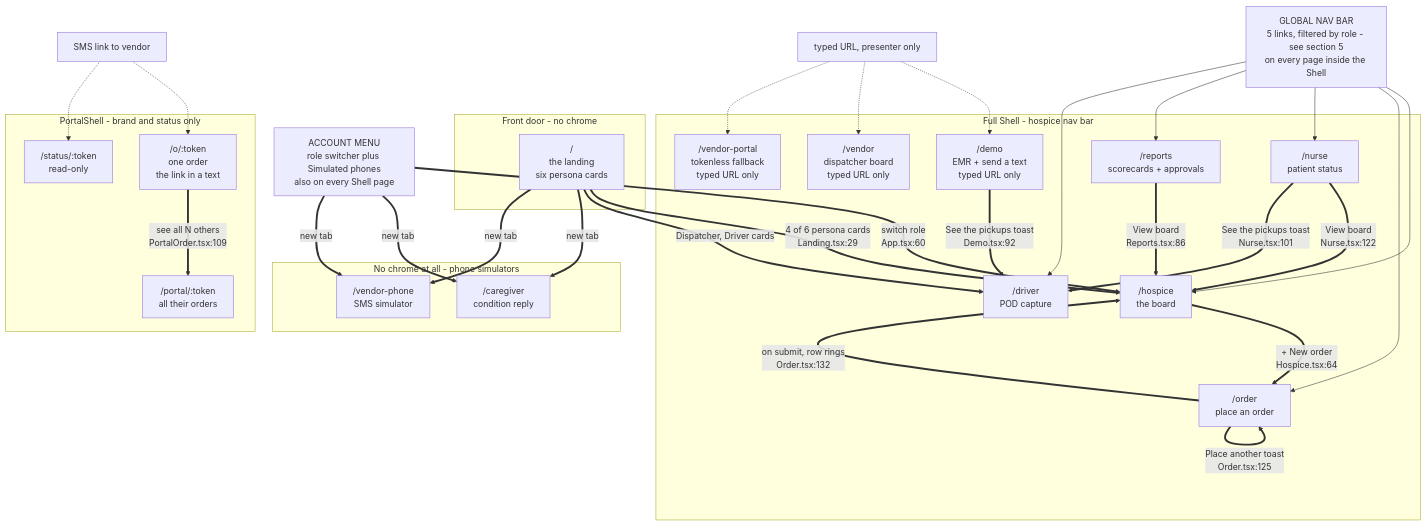
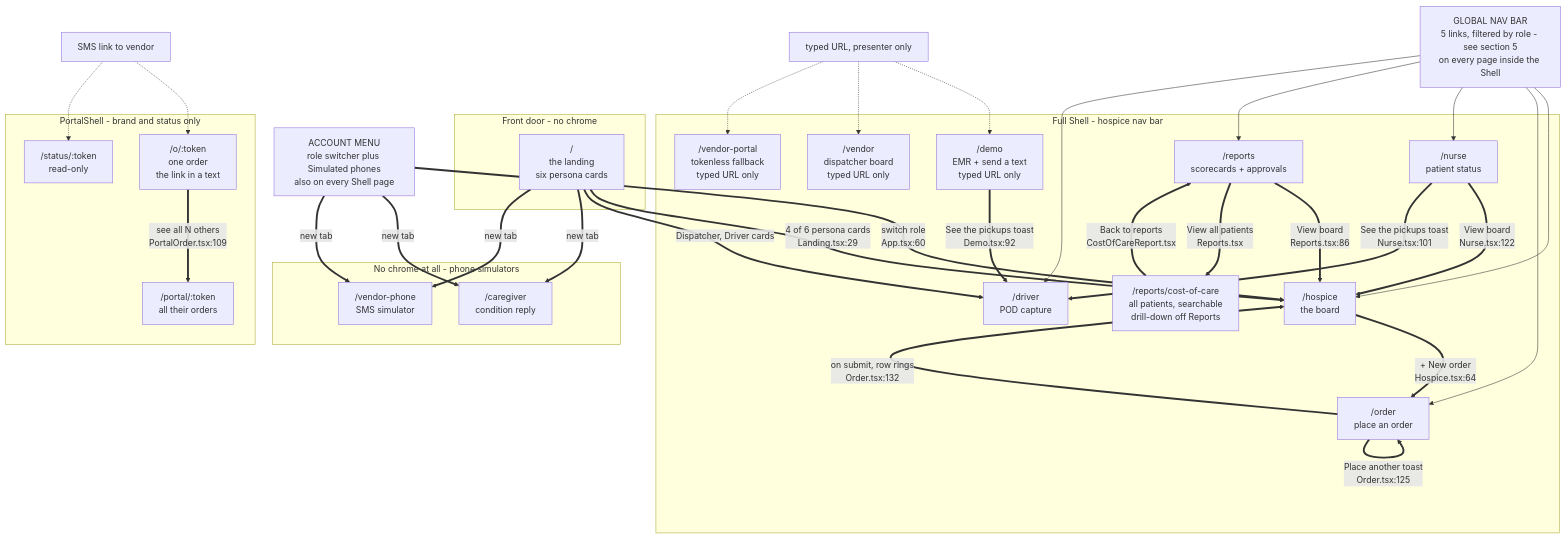
One commit to kr3wangel/betterrx-hackathon-2026 changed the first of 6 diagrams in docs/UX-FLOWS.md. Above: the diagram before and after it, drawn with Mermaid. The commit also changed other lines of this file and 6 other files, not shown here.

First line of the commit message:
feat(reports): in-depth cost-of-care page, searchable across patients

````diff
--- a/docs/UX-FLOWS.md
+++ b/docs/UX-FLOWS.md
@@ -111,61 +112,64 @@
 ```mermaid
 graph TD
   NAV["GLOBAL NAV BAR<br/>5 links, filtered by role - see section 5<br/>on every page inside the Shell"]
   ACCT["ACCOUNT MENU<br/>role switcher plus Simulated phones<br/>also on every Shell page"]
 
   subgraph Front door - no chrome
     LANDING["/<br/>the landing<br/>six persona cards"]
   end
 
   subgraph Full Shell - hospice nav bar
     BOARD["/hospice<br/>the board"]
     ORDER["/order<br/>place an order"]
     NURSE["/nurse<br/>patient status"]
     REPORTS["/reports<br/>scorecards + approvals"]
+    COSTCARE["/reports/cost-of-care<br/>all patients, searchable<br/>drill-down off Reports"]
     VBOARD["/vendor<br/>dispatcher board<br/>typed URL only"]
     VPORTAL["/vendor-portal<br/>tokenless fallback<br/>typed URL only"]
     DRIVER["/driver<br/>POD capture"]
     DEMO["/demo<br/>EMR + send a text<br/>typed URL only"]
   end
 
   subgraph PortalShell - brand and status only
     OPORTAL["/o/:token<br/>one order<br/>the link in a text"]
     PORTAL["/portal/:token<br/>all their orders"]
     VSTATUS["/status/:token<br/>read-only"]
   end
 
   subgraph No chrome at all - phone simulators
     CARE["/caregiver<br/>condition reply"]
     VPHONE["/vendor-phone<br/>SMS simulator"]
   end
 
   NAV --> BOARD
   NAV --> ORDER
   NAV --> NURSE
   NAV --> REPORTS
   NAV --> DRIVER
 
   LANDING ==>|"4 of 6 persona cards<br/>Landing.tsx:29"| BOARD
   LANDING ==>|"Dispatcher, Driver cards"| DRIVER
   LANDING ==>|"new tab"| CARE
   LANDING ==>|"new tab"| VPHONE
 
   BOARD ==>|"+ New order<br/>Hospice.tsx:64"| ORDER
   ORDER ==>|"on submit, row rings<br/>Order.tsx:132"| BOARD
   ORDER ==>|"Place another toast<br/>Order.tsx:125"| ORDER
   NURSE ==>|"View board<br/>Nurse.tsx:122"| BOARD
   NURSE ==>|"See the pickups toast<br/>Nurse.tsx:101"| DRIVER
   DEMO ==>|"See the pickups toast<br/>Demo.tsx:92"| DRIVER
   REPORTS ==>|"View board<br/>Reports.tsx:86"| BOARD
+  REPORTS ==>|"View all patients<br/>Reports.tsx"| COSTCARE
+  COSTCARE ==>|"Back to reports<br/>CostOfCareReport.tsx"| REPORTS
 
   ACCT ==>|"switch role<br/>App.tsx:60"| BOARD
   ACCT ==>|"new tab"| CARE
   ACCT ==>|"new tab"| VPHONE
 
   SMS["SMS link to vendor"] -.-> OPORTAL
   SMS -.-> VSTATUS
   OPORTAL ==>|"see all N others<br/>PortalOrder.tsx:109"| PORTAL
   TYPED["typed URL, presenter only"] -.-> DEMO
   TYPED -.-> VBOARD
   TYPED -.-> VPORTAL
 ```
````
